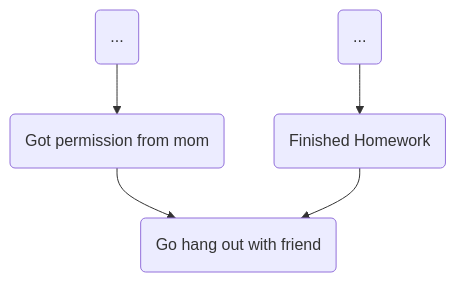
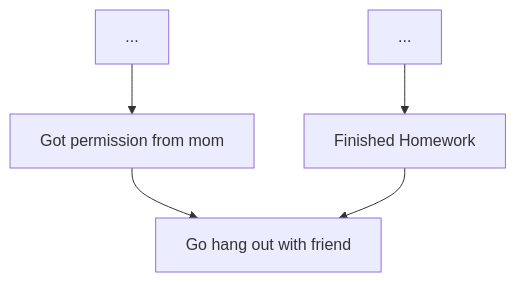
One commit to lrwham/mrwillingham-com changed the third of 5 diagrams in content/scratch/week-2/day-8/_index.md. Above: the diagram before and after it, drawn with Mermaid.

````diff
--- a/content/scratch/week-2/day-8/_index.md
+++ b/content/scratch/week-2/day-8/_index.md
@@ -133,12 +133,12 @@
 ```mermaid
 flowchart TD
-    O(...)
-    J(...)
+    O[...]
+    J[...]
     O --> A
     J --> B
-    A(Got permission from mom)
-    B(Finished Homework)
-    C(Go hang out with friend)
+    A[Got permission from mom]
+    B[Finished Homework]
+    C[Go hang out with friend]
     A --> C
     B --> C
 ```
````
